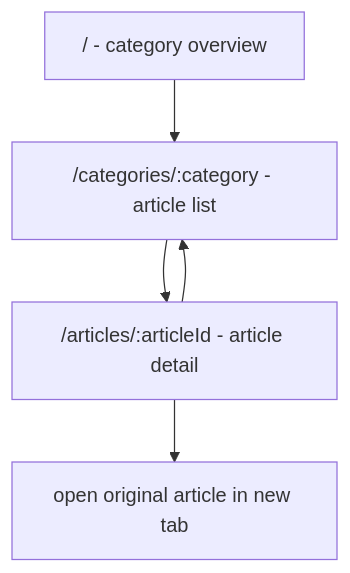
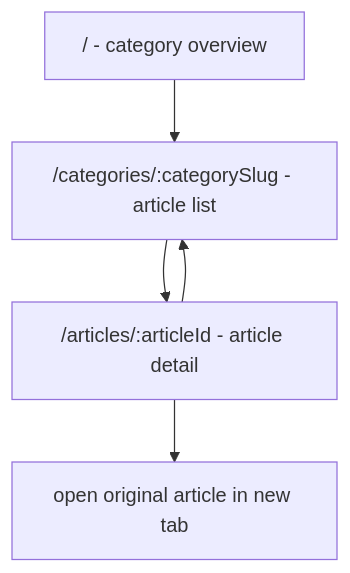
Before and after one commit to JHyun0302/news-pulse: the diagram in new-pulse-docs/04-frontend-design.md, drawn with Mermaid. The commit also changed other lines of this file and 4 other files, not shown here.

````diff
--- a/new-pulse-docs/04-frontend-design.md
+++ b/new-pulse-docs/04-frontend-design.md
@@ -19,7 +19,7 @@
 ```mermaid
 flowchart TD
-  Categories["/ - category overview"] --> List["/categories/:category - article list"]
+  Categories["/ - category overview"] --> List["/categories/:categorySlug - article list"]
   List --> Detail["/articles/:articleId - article detail"]
   Detail --> External["open original article in new tab"]
   Detail --> List
 ```
````
